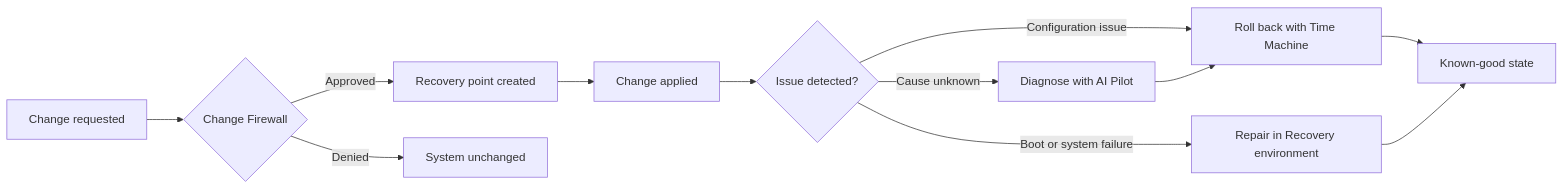
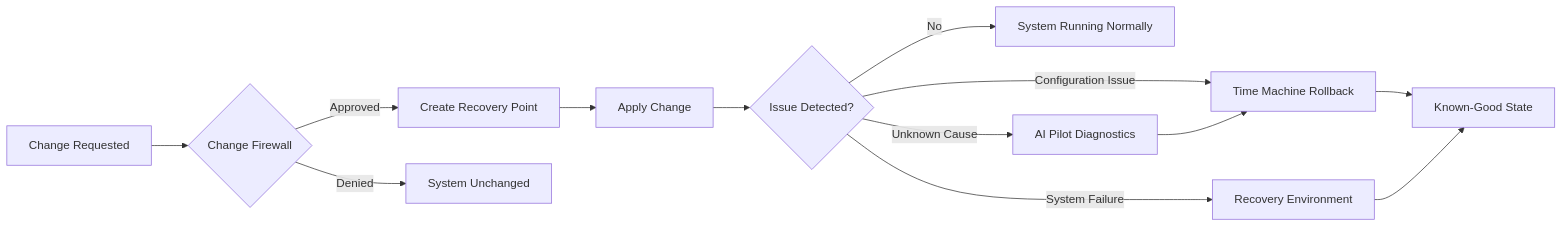
The diagram in README.md (HeldoOS/Heldo-Linux-OS), drawn with Mermaid before and after one commit. The commit also changed other lines of this file, not shown here.

````diff
--- a/README.md
+++ b/README.md
@@ -114,14 +111,20 @@
 ```mermaid
 flowchart LR
-    A[Change requested] --> B{Change Firewall}
-    B -- Approved --> C[Recovery point created]
-    C --> D[Change applied]
-    B -- Denied --> E[System unchanged]
-    D --> F{Issue detected?}
-    F -- Configuration issue --> G[Roll back with Time Machine]
-    F -- Boot or system failure --> H[Repair in Recovery environment]
-    F -- Cause unknown --> I[Diagnose with AI Pilot]
-    G --> J[Known-good state]
-    H --> J
-    I --> G
+    A[Change Requested] --> B{Change Firewall}
+
+    B -- Approved --> C[Create Recovery Point]
+    B -- Denied --> D[System Unchanged]
+
+    C --> E[Apply Change]
+
+    E --> F{Issue Detected?}
+
+    F -- No --> G[System Running Normally]
+    F -- Configuration Issue --> H[Time Machine Rollback]
+    F -- System Failure --> I[Recovery Environment]
+    F -- Unknown Cause --> J[AI Pilot Diagnostics]
+
+    J --> H
+    H --> K[Known-Good State]
+    I --> K
 ```
````
